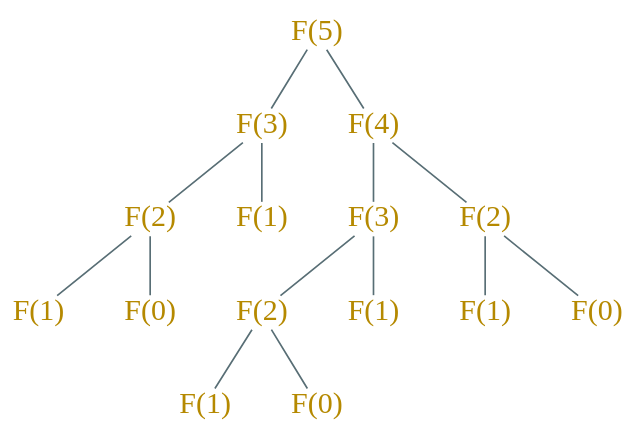
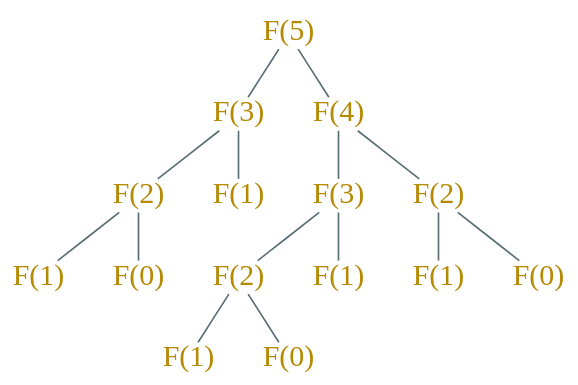
Before and after one commit to Avanti1980/course-alg: the diagram in dot/fibo.dot, drawn with Graphviz. The commit also changed 2 other files, not shown here.

```diff
--- a/dot/fibo.dot
+++ b/dot/fibo.dot
@@ -1,35 +1,35 @@
 digraph g {
     bgcolor=transparent
-    graph [nodesep=0.5, ranksep=0.5]
+    graph [nodesep=0.4, ranksep=0.4]
     node [shape=plain, color="#586e75", fontcolor="#b58900", fontsize=18, fontname="LXGWWenKai"]
     edge [arrowhead=none, color="#586e75", fontcolor="#268bd2", fontsize=16, fontname="LXGWWenKai"]
 
     f31 [label="F(3)"]
     f32 [label="F(3)"]
 
     f21 [label="F(2)"]
     f22 [label="F(2)"]
     f23 [label="F(2)"]
 
     f11 [label="F(1)"]
     f12 [label="F(1)"]
     f13 [label="F(1)"]
     f14 [label="F(1)"]
 
     f01 [label="F(0)"]
     f02 [label="F(0)"]
 
     "F(5)" -> {"F(4)", f31}
 
     "F(4)" -> {f32, f21}
 
     f31 -> {f22, f11}
 
     f32 -> {f23, f12}
 
     f21 -> {f13, f01}
 
     f22 -> {f14, f02}
 
     f23 -> {"F(1)", "F(0)"}
 }
```
